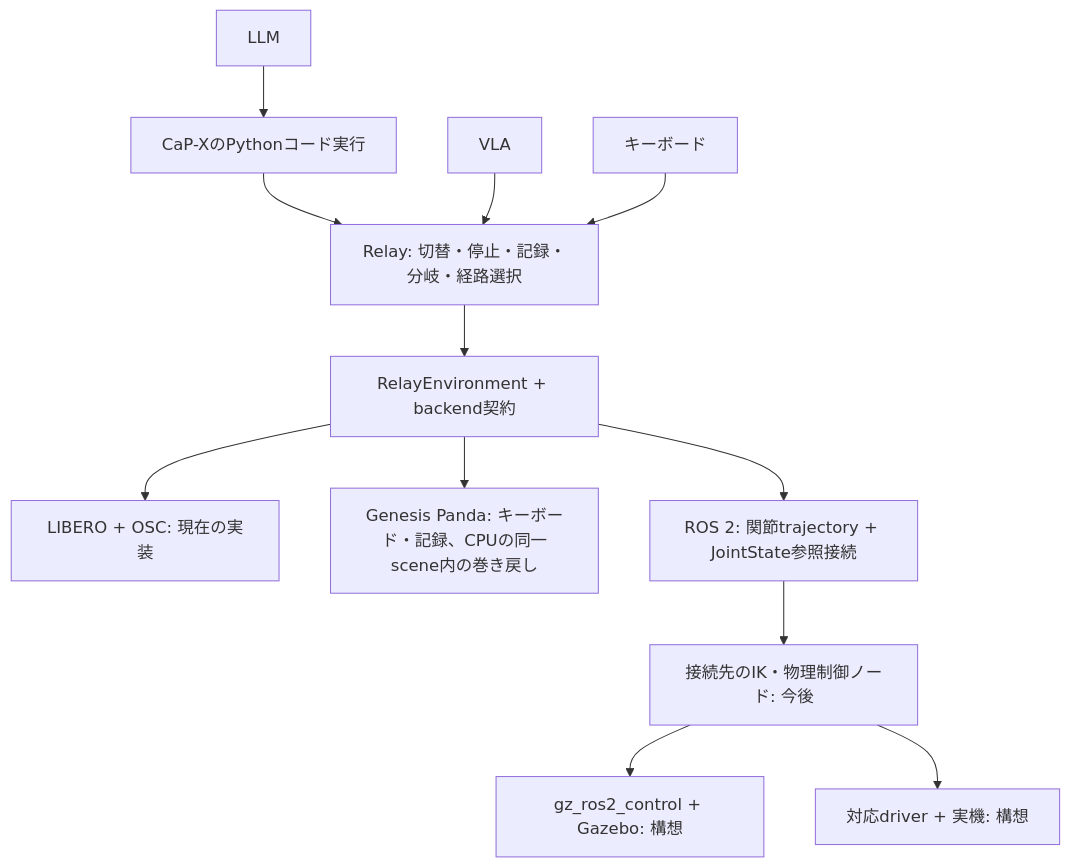
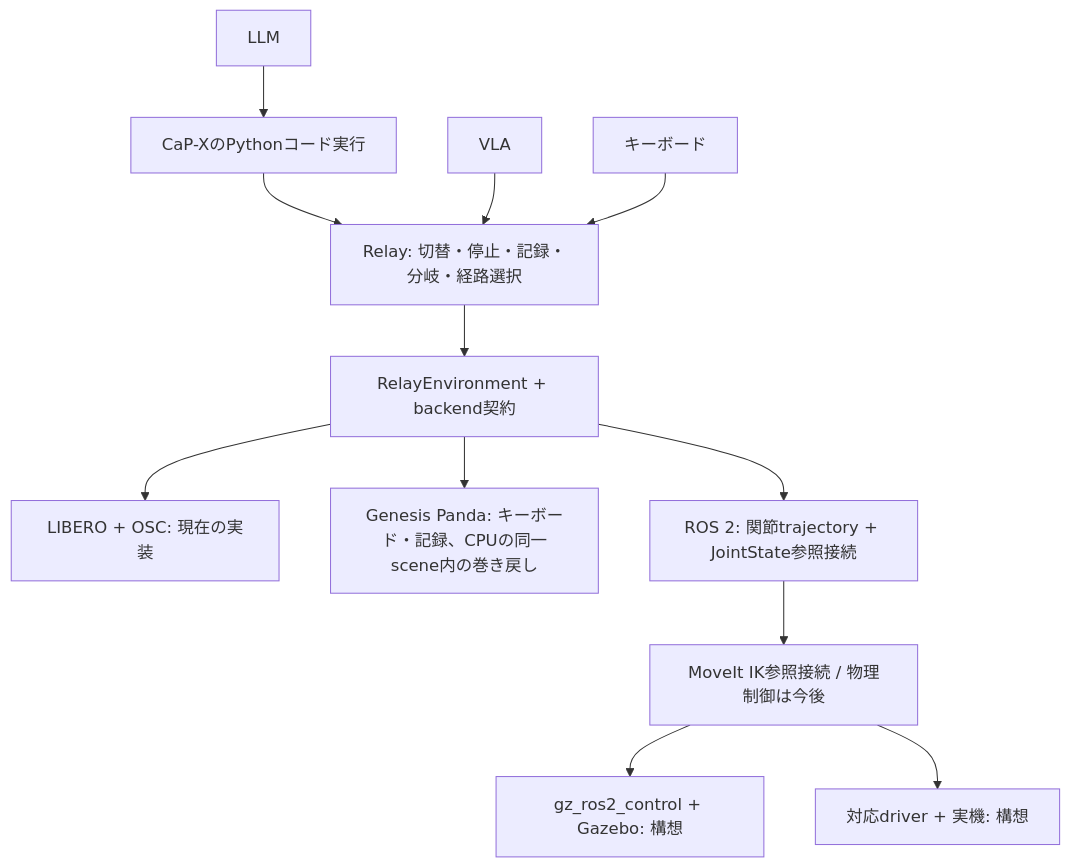
Before and after one commit to takumiecd/relay: the diagram in docs/environment-adapters.md, drawn with Mermaid. The commit also changed other lines of this file and 17 other files, not shown here.

````diff
--- a/docs/environment-adapters.md
+++ b/docs/environment-adapters.md
@@ -92,14 +92,14 @@
 ```mermaid
 flowchart TD
     L[LLM] --> C[CaP-XのPythonコード実行]
     C --> R[Relay: 切替・停止・記録・分岐・経路選択]
     V[VLA] --> R
     K[キーボード] --> R
     R --> A[RelayEnvironment + backend契約]
     A --> B[LIBERO + OSC: 現在の実装]
     A --> G[Genesis Panda: キーボード・記録、CPUの同一scene内の巻き戻し]
     A --> N[ROS 2: 関節trajectory + JointState参照接続]
-    N --> T[接続先のIK・物理制御ノード: 今後]
+    N --> T[MoveIt IK参照接続 / 物理制御は今後]
     T --> Z[gz_ros2_control + Gazebo: 構想]
     T --> H[対応driver + 実機: 構想]
 ```
````
